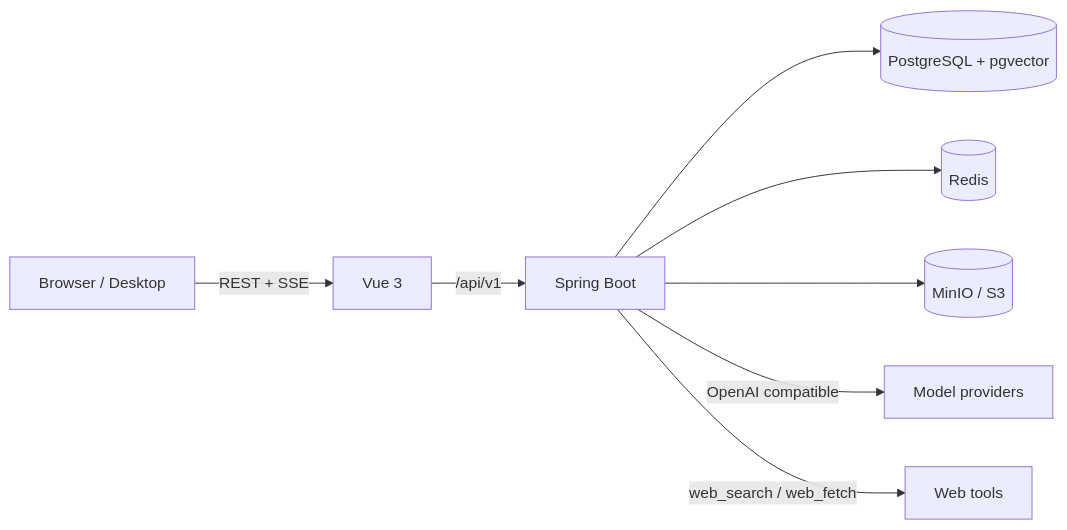
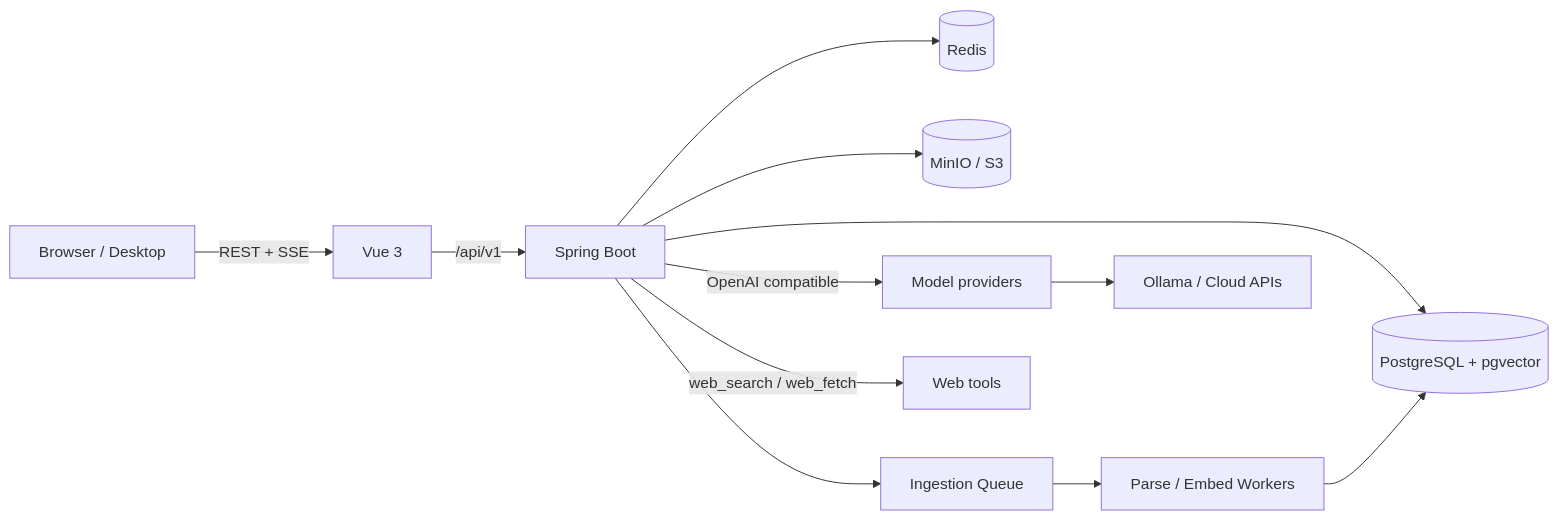
Before and after one commit to bao-cn/Cognia: the diagram in README.md, drawn with Mermaid. The commit also changed other lines of this file, not shown here.

````diff
--- a/README.md
+++ b/README.md
@@ -28,10 +63,14 @@
 ```mermaid
 flowchart LR
     B[Browser / Desktop] -->|REST + SSE| F[Vue 3]
     F -->|/api/v1| A[Spring Boot]
     A --> P[(PostgreSQL + pgvector)]
     A --> R[(Redis)]
     A --> S[(MinIO / S3)]
+    A --> Q[Ingestion Queue]
+    Q --> W[Parse / Embed Workers]
+    W --> P
     A -->|OpenAI compatible| M[Model providers]
-    A -->|web_search / web_fetch| W[Web tools]
+    M --> O[Ollama / Cloud APIs]
+    A -->|web_search / web_fetch| T[Web tools]
 ```
````
